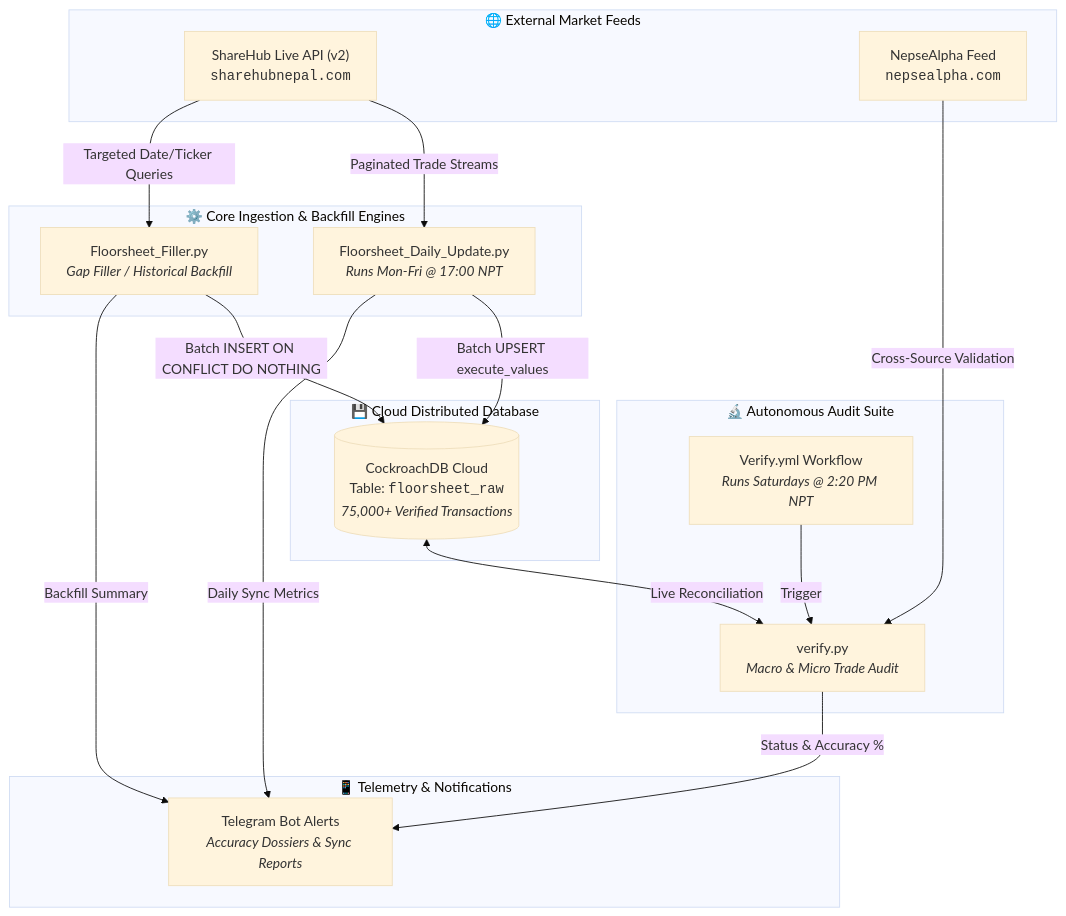
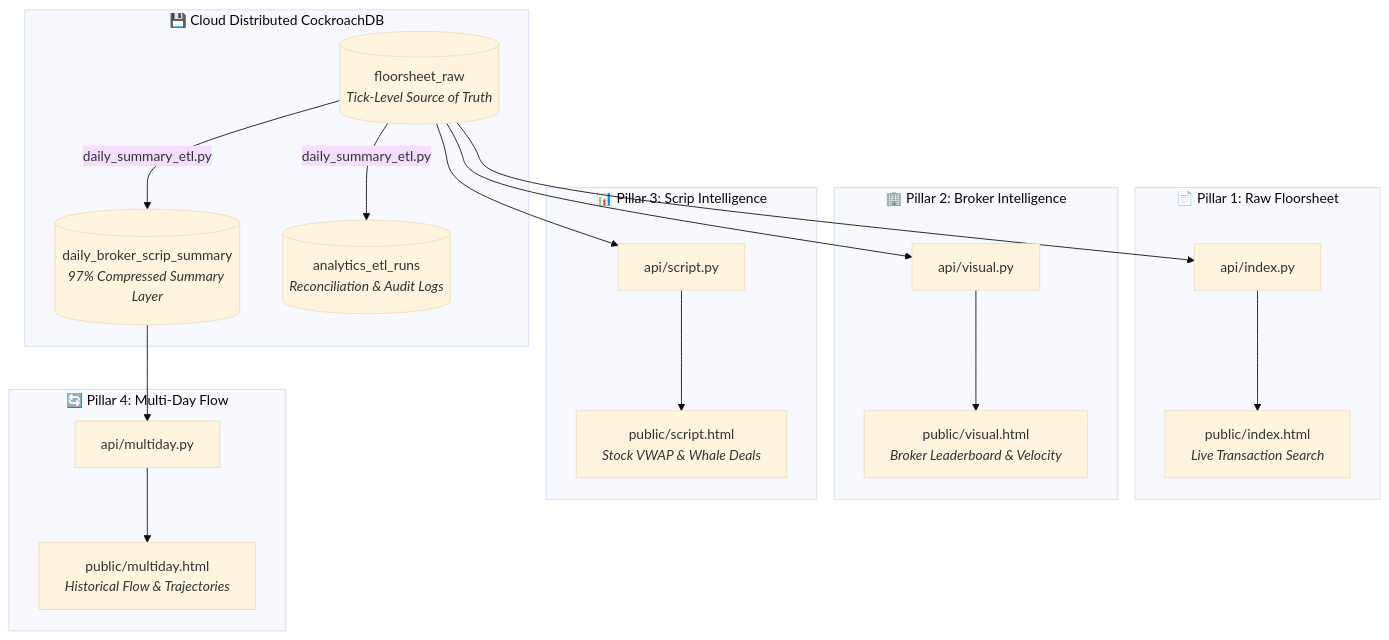
One commit to DayaSah/Floorsheet_cockroachlabs changed the diagram in README.md. Above: the diagram before and after it, drawn with Mermaid (base theme). The commit also changed other lines of this file, not shown here.

First line of the commit message:
💖📖 Elevate Master README with Multi-Day Flow, Complete SQL DDL & Eternal Dedication 🚀🌟

````diff
--- a/README.md
+++ b/README.md
@@ -35,37 +55,32 @@
 ```mermaid
 flowchart TD
-    subgraph Sources ["🌐 External Market Feeds"]
-        API1["ShareHub Live API (v2)<br/><code>sharehubnepal.com</code>"]
-        API2["NepseAlpha Feed<br/><code>nepsealpha.com</code>"]
+    subgraph Storage ["💾 Cloud Distributed CockroachDB"]
+        RAW[("floorsheet_raw<br/><i>Tick-Level Source of Truth</i>")]
+        SUM[("daily_broker_scrip_summary<br/><i>97% Compressed Summary Layer</i>")]
+        AUDIT[("analytics_etl_runs<br/><i>Reconciliation & Audit Logs</i>")]
     end
 
-    subgraph CoreEngine ["⚙️ Core Ingestion & Backfill Engines"]
-        Daily["Floorsheet_Daily_Update.py<br/><i>Runs Mon-Fri @ 17:00 NPT</i>"]
-        Filler["Floorsheet_Filler.py<br/><i>Gap Filler / Historical Backfill</i>"]
+    RAW -->|daily_summary_etl.py| SUM
+    RAW -->|daily_summary_etl.py| AUDIT
+
+    subgraph Pillar1 ["📄 Pillar 1: Raw Floorsheet"]
+        API1["api/index.py"] --> UI1["public/index.html<br/><i>Live Transaction Search</i>"]
     end
 
-    subgraph Storage ["💾 Cloud Distributed Database"]
-        CRDB[("CockroachDB Cloud<br/>Table: <code>floorsheet_raw</code><br/><i>75,000+ Verified Transactions</i>")]
+    subgraph Pillar2 ["🏢 Pillar 2: Broker Intelligence"]
+        API2["api/visual.py"] --> UI2["public/visual.html<br/><i>Broker Leaderboard & Velocity</i>"]
     end
 
-    subgraph Verification ["🔬 Autonomous Audit Suite"]
-        Verifier["verify.py<br/><i>Macro & Micro Trade Audit</i>"]
-        Weekly["Verify.yml Workflow<br/><i>Runs Saturdays @ 2:20 PM NPT</i>"]
+    subgraph Pillar3 ["📊 Pillar 3: Scrip Intelligence"]
+        API3["api/script.py"] --> UI3["public/script.html<br/><i>Stock VWAP & Whale Deals</i>"]
     end
 
-    subgraph Alerts ["📱 Telemetry & Notifications"]
-        TG["Telegram Bot Alerts<br/><i>Accuracy Dossiers & Sync Reports</i>"]
+    subgraph Pillar4 ["🔄 Pillar 4: Multi-Day Flow"]
+        API4["api/multiday.py"] --> UI4["public/multiday.html<br/><i>Historical Flow & Trajectories</i>"]
     end
 
-    API1 -->|Paginated Trade Streams| Daily
-    API1 -->|Targeted Date/Ticker Queries| Filler
-    Daily -->|Batch UPSERT execute_values| CRDB
-    Filler -->|Batch INSERT ON CONFLICT DO NOTHING| CRDB
-
-    CRDB <-->|Live Reconciliation| Verifier
-    API2 -->|Cross-Source Validation| Verifier
-    Weekly -->|Trigger| Verifier
-    Verifier -->|Status & Accuracy %| TG
-    Daily -->|Daily Sync Metrics| TG
-    Filler -->|Backfill Summary| TG
+    RAW --> API1
+    RAW --> API2
+    RAW --> API3
+    SUM --> API4
 ```
````
